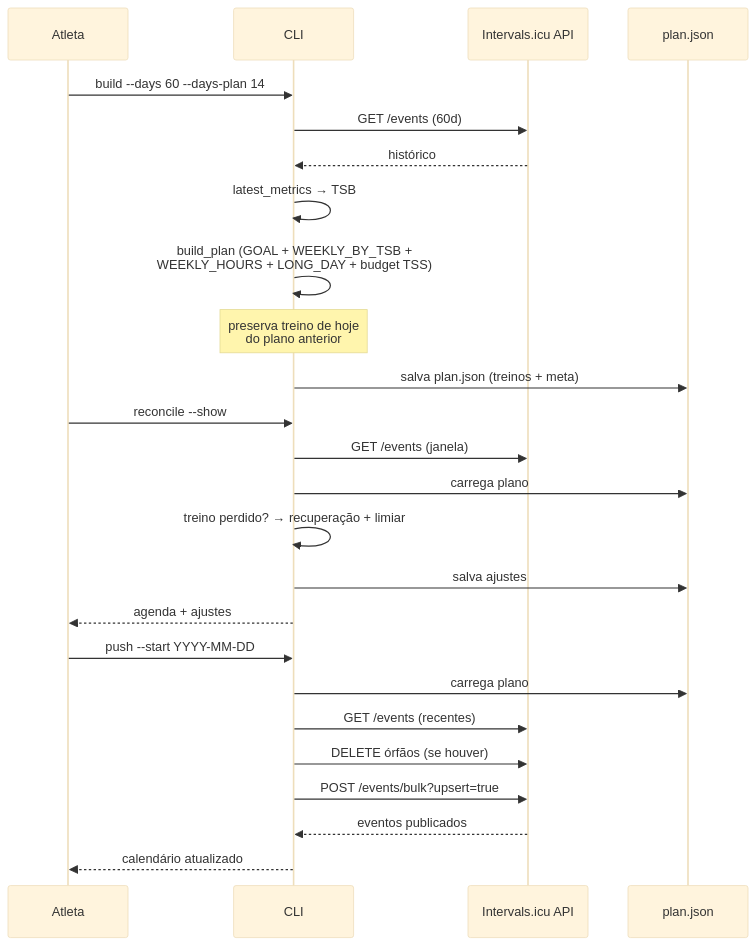
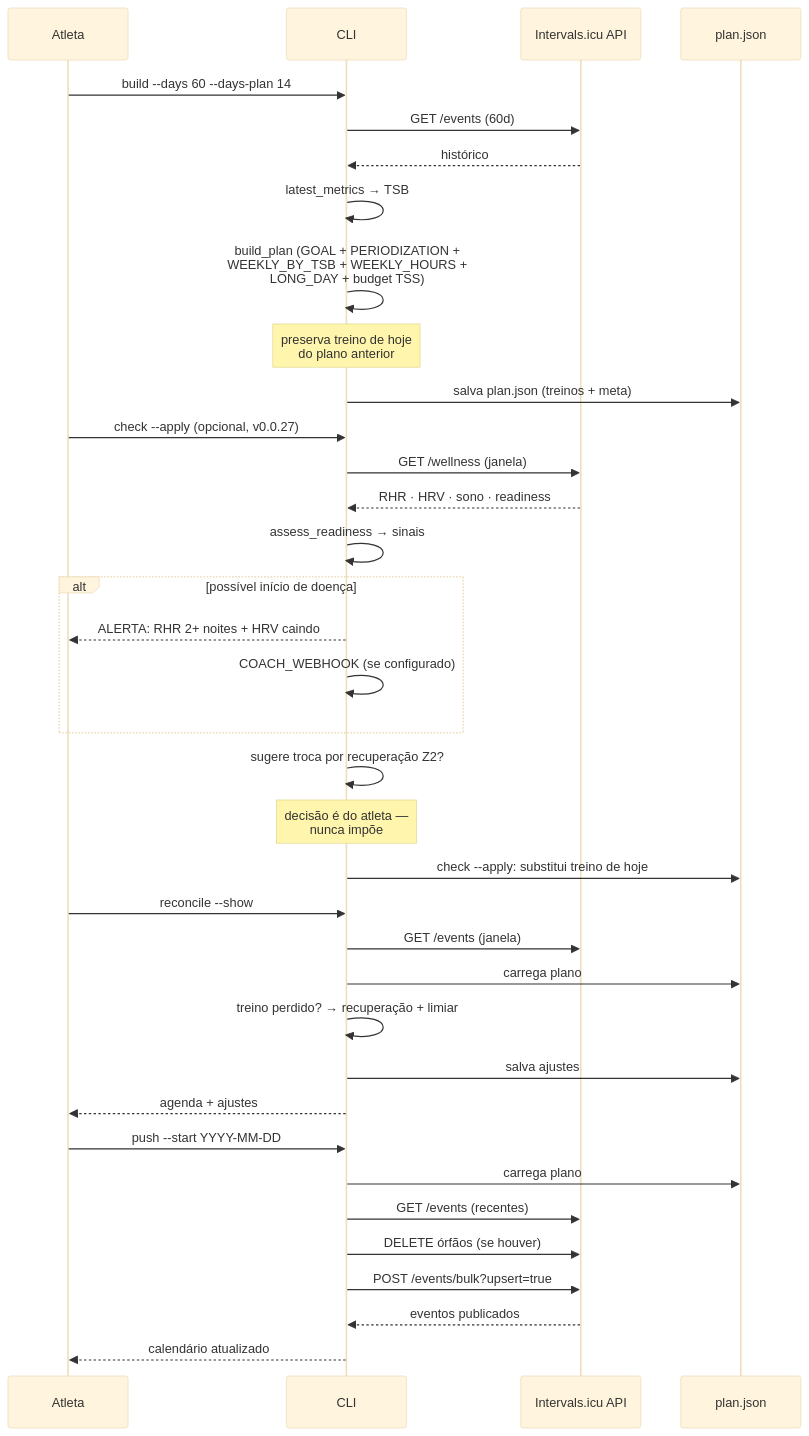
Before and after one commit to valdelin/Hermes-coach: the third of 6 diagrams in docs/DIAGRAMAS.md, drawn with Mermaid (base theme). The commit also changed other lines of this file and 11 other files, not shown here.

Commit message:
docs: diagramas atualizados para v0.0.27 (check, PERIODIZATION, readiness) e PNGs regenerados

````diff
--- a/docs/DIAGRAMAS.md
+++ b/docs/DIAGRAMAS.md
@@ -123,30 +128,42 @@
 ```mermaid
 sequenceDiagram
     participant U as Atleta
     participant C as CLI
     participant I as Intervals.icu API
     participant P as plan.json
 
     U->>C: build --days 60 --days-plan 14
     C->>I: GET /events (60d)
     I-->>C: histórico
     C->>C: latest_metrics → TSB
-    C->>C: build_plan (GOAL + WEEKLY_BY_TSB +<br/>WEEKLY_HOURS + LONG_DAY + budget TSS)
+    C->>C: build_plan (GOAL + PERIODIZATION +<br/>WEEKLY_BY_TSB + WEEKLY_HOURS +<br/>LONG_DAY + budget TSS)
     Note over C: preserva treino de hoje<br/>do plano anterior
     C->>P: salva plan.json (treinos + meta)
+
+    U->>C: check --apply (opcional, v0.0.27)
+    C->>I: GET /wellness (janela)
+    I-->>C: RHR · HRV · sono · readiness
+    C->>C: assess_readiness → sinais
+    alt possível início de doença
+        C-->>U: ALERTA: RHR 2+ noites + HRV caindo
+        C->>C: COACH_WEBHOOK (se configurado)
+    end
+    C->>C: sugere troca por recuperação Z2?
+    Note over C: decisão é do atleta —<br/>nunca impõe
+    C->>P: check --apply: substitui treino de hoje
 
     U->>C: reconcile --show
     C->>I: GET /events (janela)
     C->>P: carrega plano
     C->>C: treino perdido? → recuperação + limiar
     C->>P: salva ajustes
     C-->>U: agenda + ajustes
 
     U->>C: push --start YYYY-MM-DD
     C->>P: carrega plano
     C->>I: GET /events (recentes)
     C->>I: DELETE órfãos (se houver)
     C->>I: POST /events/bulk?upsert=true
     I-->>C: eventos publicados
     C-->>U: calendário atualizado
 ```
````
